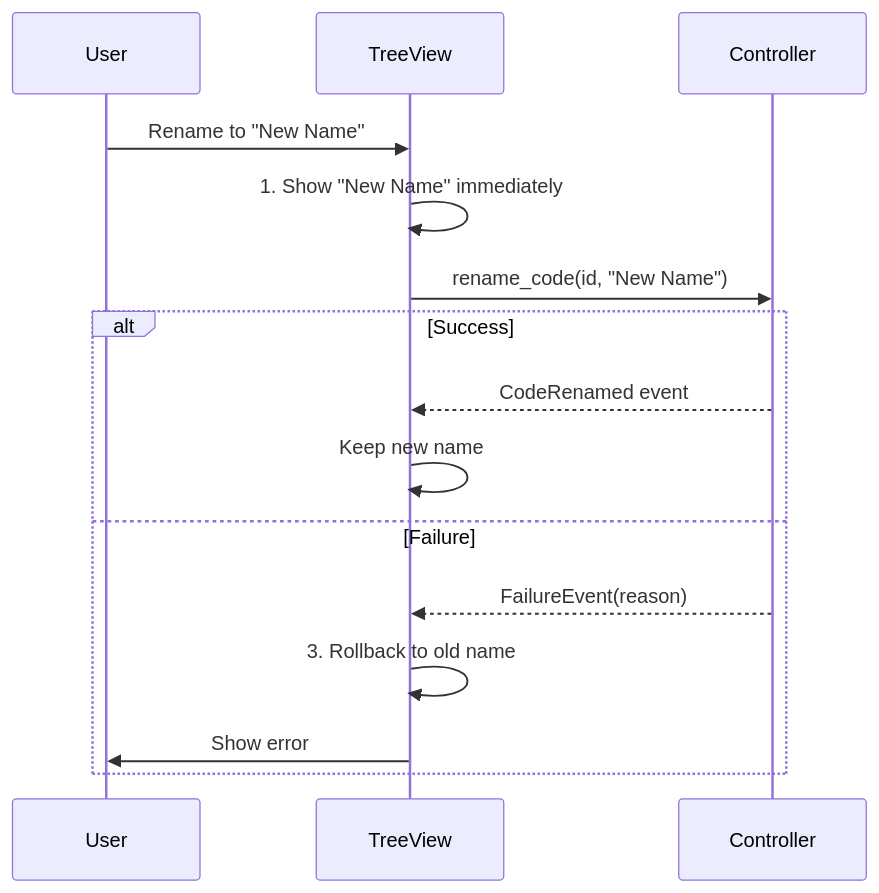
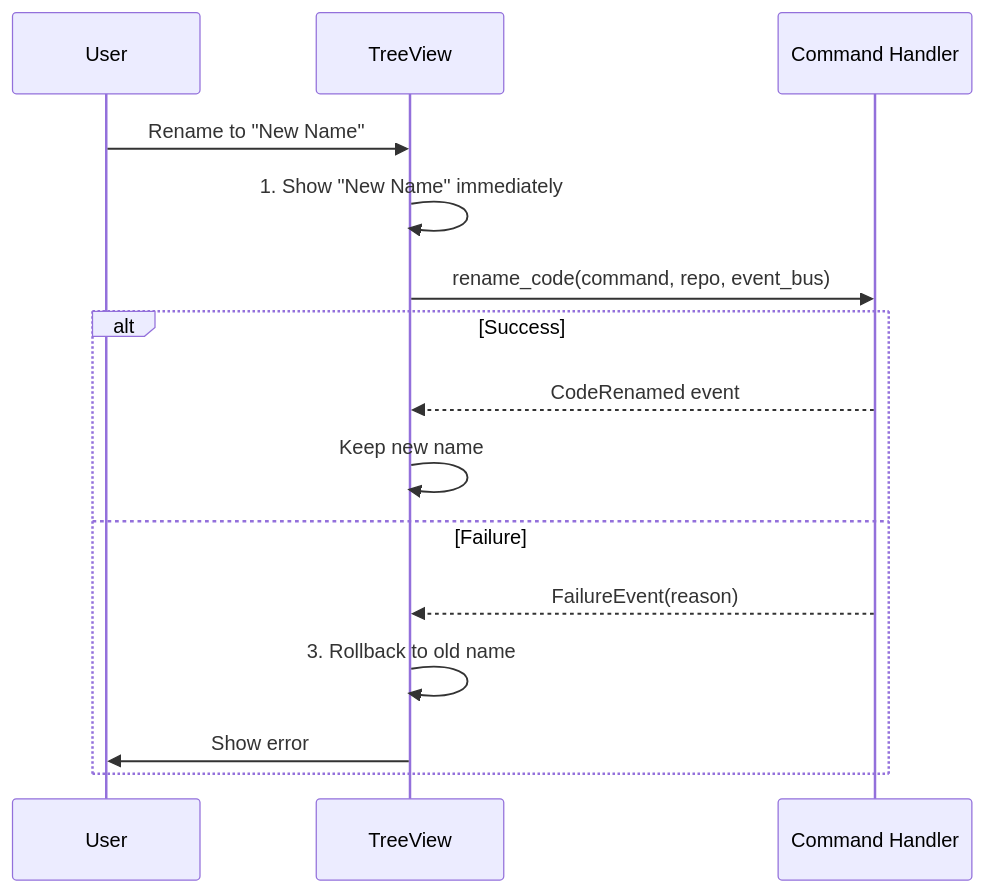
Before and after one commit to scope-impact/QualCoder-v2: the fourth of 5 diagrams in docs/tutorials/appendices/A-common-patterns.md, drawn with Mermaid. The commit also changed other lines of this file and 8 other files, not shown here.

First line of the commit message:
docs(tutorials): align onboarding with actual project architecture

````diff
--- a/docs/tutorials/appendices/A-common-patterns.md
+++ b/docs/tutorials/appendices/A-common-patterns.md
@@ -239,19 +240,19 @@
 ```mermaid
 sequenceDiagram
     participant U as User
     participant UI as TreeView
-    participant C as Controller
+    participant C as Command Handler
 
     U->>UI: Rename to "New Name"
     UI->>UI: 1. Show "New Name" immediately
-    UI->>C: rename_code(id, "New Name")
+    UI->>C: rename_code(command, repo, event_bus)
 
     alt Success
         C-->>UI: CodeRenamed event
         UI->>UI: Keep new name
     else Failure
         C-->>UI: FailureEvent(reason)
         UI->>UI: 3. Rollback to old name
         UI->>U: Show error
     end
 ```
````
